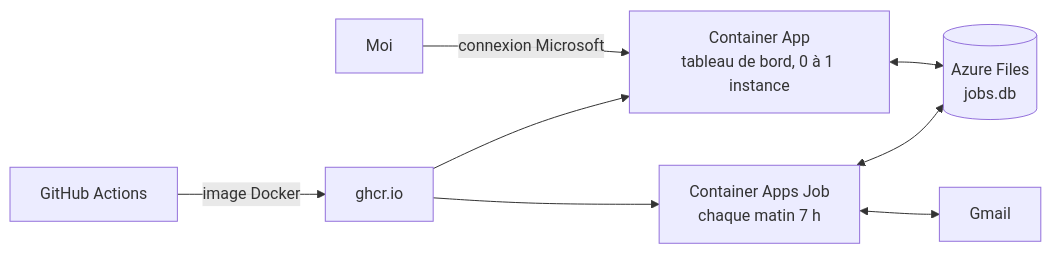
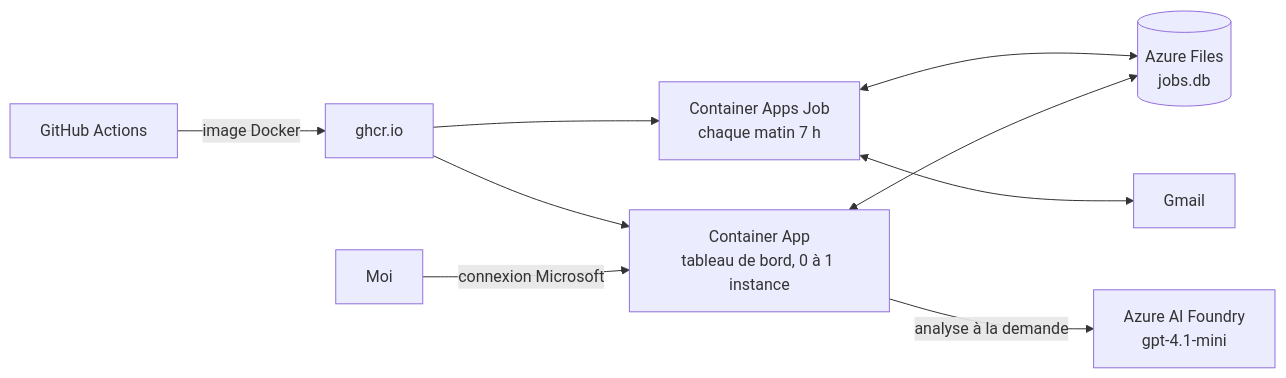
The second of 2 diagrams in README.md (Mustafalou/Job-Radar), drawn with Mermaid before and after one commit. The commit also changed other lines of this file, not shown here.

Commit message:
README : analyse LLM, déploiement continu

````diff
--- a/README.md
+++ b/README.md
@@ -111,10 +127,11 @@
 ```mermaid
 flowchart LR
     GH[GitHub Actions] -->|image Docker| R[ghcr.io]
     R --> J[Container Apps Job<br/>chaque matin 7 h]
     R --> A[Container App<br/>tableau de bord, 0 à 1 instance]
     J <--> F[(Azure Files<br/>jobs.db)]
     A <--> F
     J <--> G[Gmail]
     U[Moi] -->|connexion Microsoft| A
+    A -->|analyse à la demande| AI[Azure AI Foundry<br/>gpt-4.1-mini]
 ```
````
